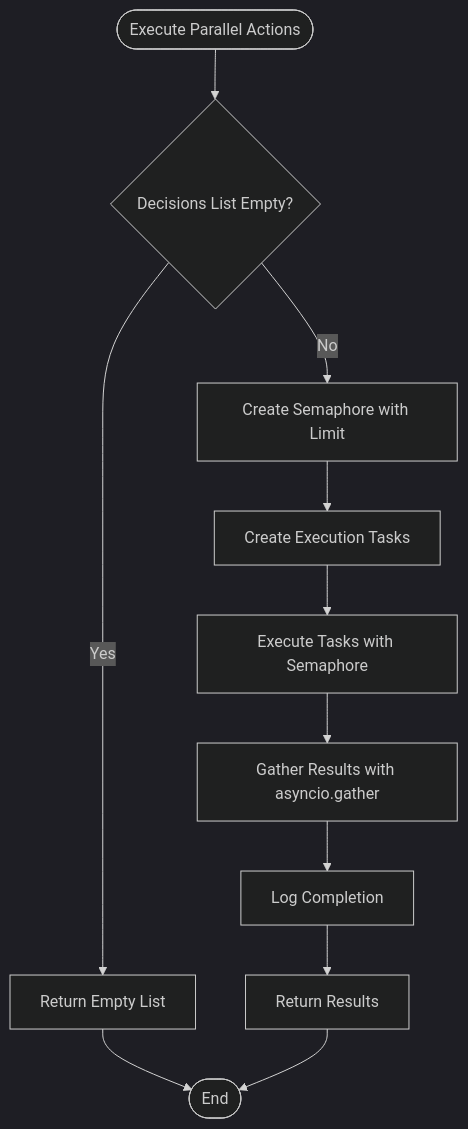
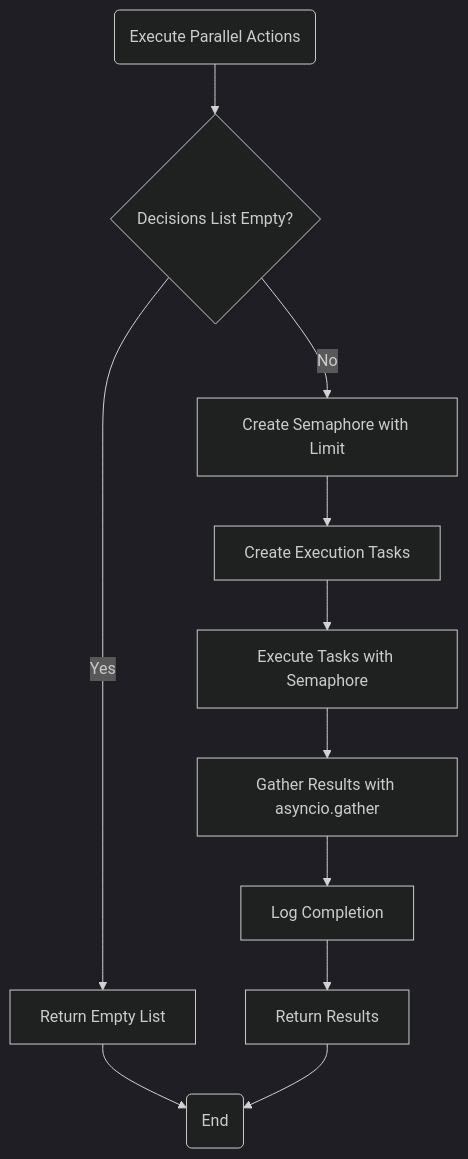
Before and after one commit to Likhithsai2580/RAVANA-WIKI: the fourth of 4 diagrams in docs/API Reference/Multi-modal Service API.md, drawn with Mermaid (dark theme). The commit also changed other lines of this file and 31 other files, not shown here.

First line of the commit message:
Fix(docs): Correct Mermaid diagram syntax

````diff
--- a/docs/API Reference/Multi-modal Service API.md
+++ b/docs/API Reference/Multi-modal Service API.md
@@ -398,13 +398,13 @@
 ```mermaid
 flowchart TD
-Start([Execute Parallel Actions]) --> CheckEmpty{"Decisions List Empty?"}
+Start("Execute Parallel Actions") --> CheckEmpty{"Decisions List Empty?"}
 CheckEmpty --> |Yes| ReturnEmpty[Return Empty List]
 CheckEmpty --> |No| CreateSemaphore[Create Semaphore with Limit]
 CreateSemaphore --> CreateTasks[Create Execution Tasks]
 CreateTasks --> ExecuteTasks[Execute Tasks with Semaphore]
 ExecuteTasks --> GatherResults[Gather Results with asyncio.gather]
 GatherResults --> LogCompletion[Log Completion]
 LogCompletion --> ReturnResults[Return Results]
-ReturnEmpty --> End([End])
+ReturnEmpty --> End("End")
 ReturnResults --> End
 ```
````
